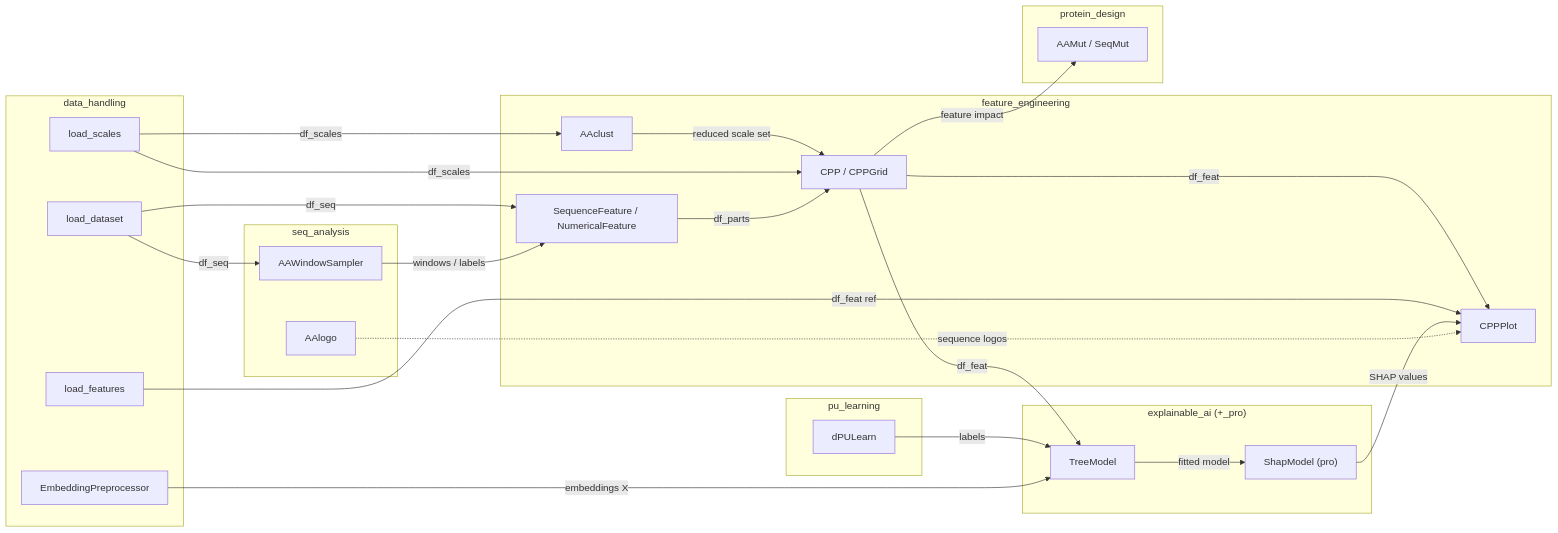
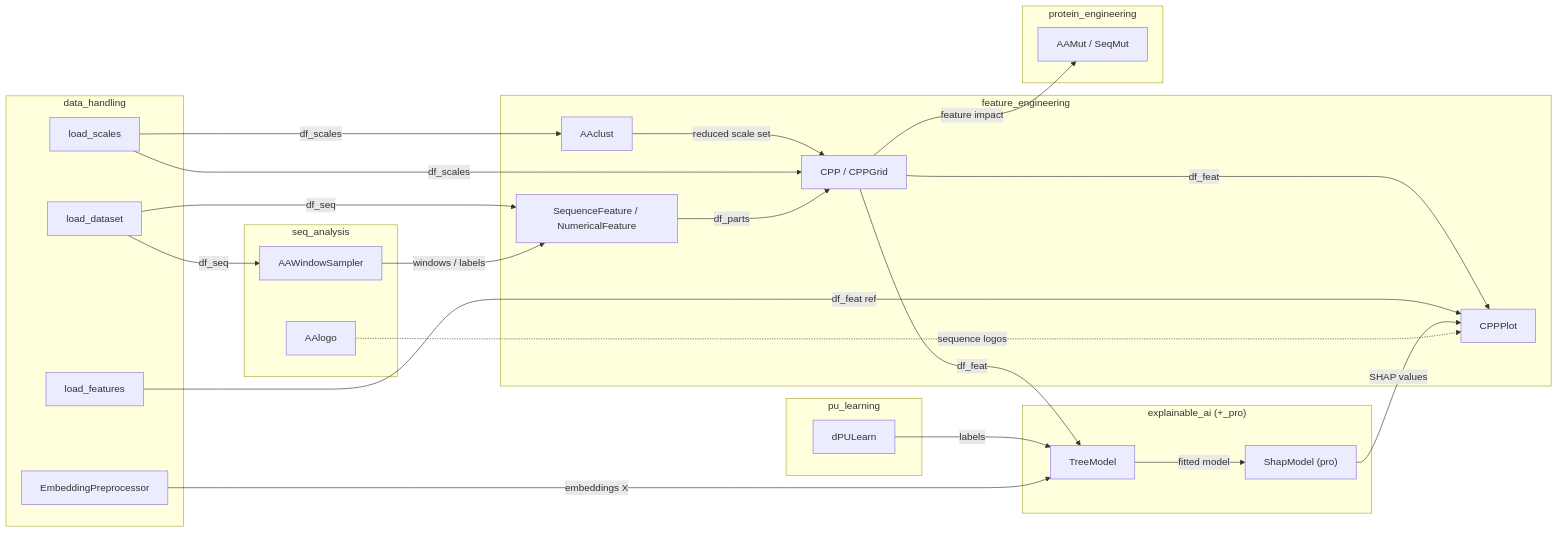
One commit to breimanntools/aaanalysis changed the diagram in docs/module_map.md. Above: the diagram before and after it, drawn with Mermaid. The commit also changed other lines of this file and 49 other files, not shown here.

First line of the commit message:
refactor(protein_engineering): rename protein_design subpackage to protein_engineering

````diff
--- a/docs/module_map.md
+++ b/docs/module_map.md
@@ -15,46 +15,46 @@
 ```mermaid
 flowchart LR
   subgraph DH["data_handling"]
     LD["load_dataset"]
     LS["load_scales"]
     LF["load_features"]
     EP["EmbeddingPreprocessor"]
   end
   subgraph SA["seq_analysis"]
     AWS["AAWindowSampler"]
     AL["AAlogo"]
   end
   subgraph FE["feature_engineering"]
     AAC["AAclust"]
     SF["SequenceFeature / NumericalFeature"]
     CPP["CPP / CPPGrid"]
     CPPP["CPPPlot"]
   end
   subgraph PU["pu_learning"]
     DPU["dPULearn"]
   end
   subgraph XAI["explainable_ai (+_pro)"]
     TM["TreeModel"]
     SM["ShapModel (pro)"]
   end
-  subgraph PD["protein_design"]
+  subgraph PD["protein_engineering"]
     AAM["AAMut / SeqMut"]
   end
 
   LD -->|df_seq| SF
   LD -->|df_seq| AWS
   AWS -->|windows / labels| SF
   LS -->|df_scales| AAC
   AAC -->|reduced scale set| CPP
   LS -->|df_scales| CPP
   SF -->|df_parts| CPP
   CPP -->|df_feat| TM
   CPP -->|df_feat| CPPP
   LF -->|df_feat ref| CPPP
   DPU -->|labels| TM
   EP -->|embeddings X| TM
   TM -->|fitted model| SM
   SM -->|SHAP values| CPPP
   CPP -->|feature impact| AAM
   AL -.->|sequence logos| CPPP
 ```
````
